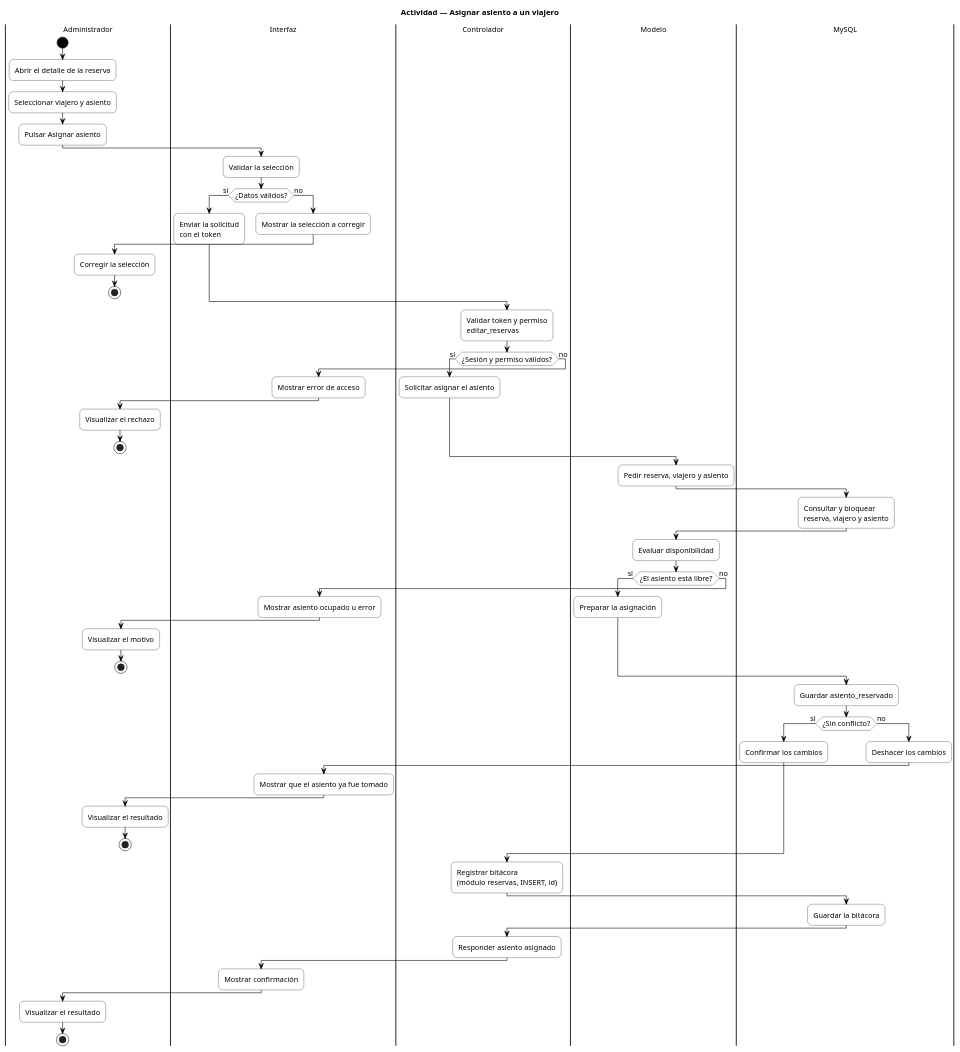
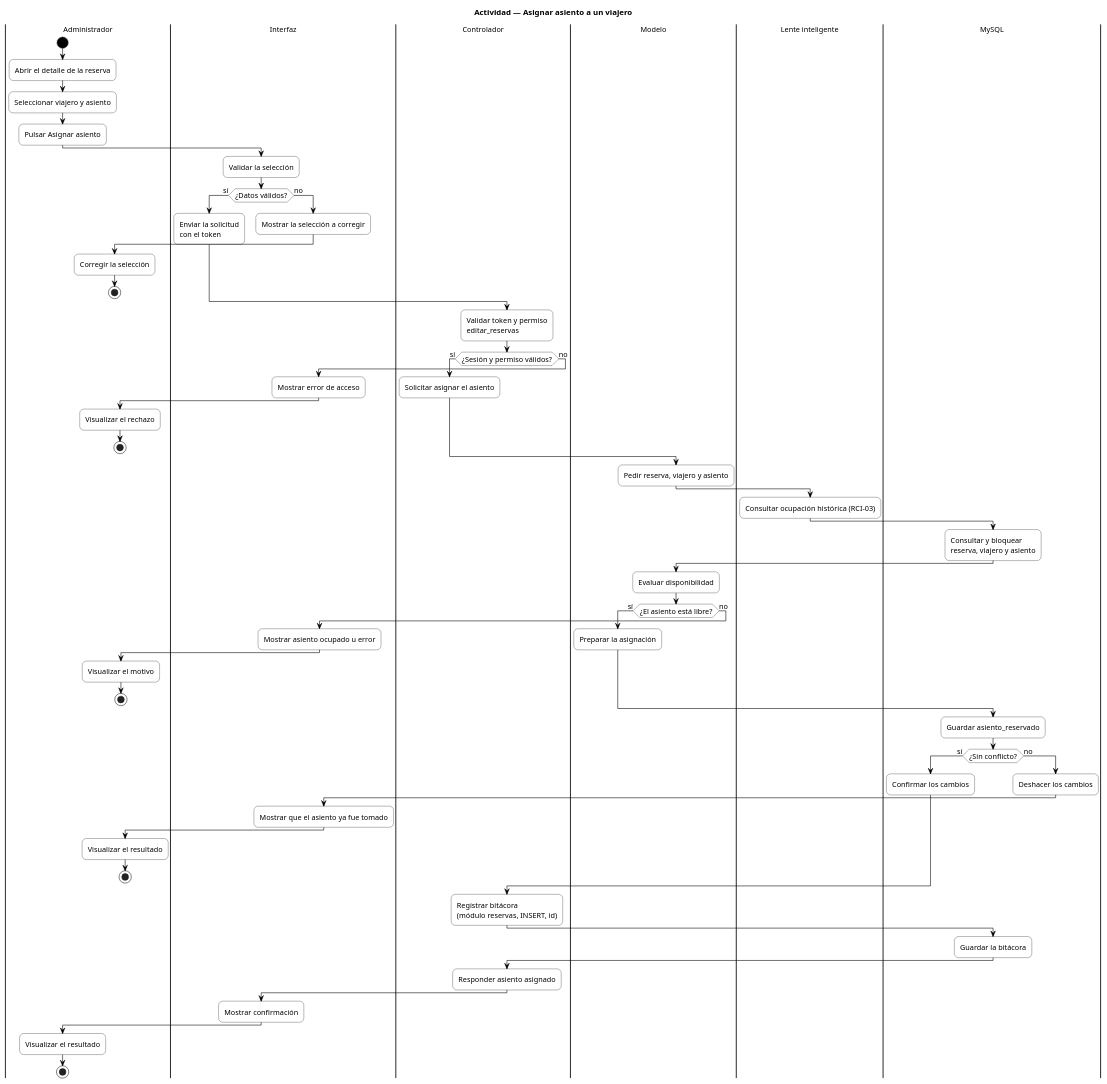
The diagram in docs/ENTREGA_DOCUMENTAL/diagramas/puml/carriles/RESERVA_ASIENTO.puml (gioser1107/SIGEL), drawn with PlantUML before and after one commit. The commit also changed 209 other files, not shown here.

```diff
--- a/docs/ENTREGA_DOCUMENTAL/diagramas/puml/carriles/RESERVA_ASIENTO.puml
+++ b/docs/ENTREGA_DOCUMENTAL/diagramas/puml/carriles/RESERVA_ASIENTO.puml
@@ -1,101 +1,104 @@
 @startuml
 title Actividad — Asignar asiento a un viajero
 
 skinparam backgroundColor #FFFFFF
 skinparam shadowing false
 skinparam defaultFontName Helvetica
 skinparam defaultFontSize 13
 skinparam roundcorner 15
 skinparam activity {
   BackgroundColor white
   BorderColor black
   DiamondBackgroundColor white
   DiamondBorderColor black
   StartColor black
   EndColor black
   ArrowColor black
   FontColor black
 }
 skinparam partition {
   BorderColor black
   FontColor black
   BackgroundColor white
   FontStyle bold
 }
 
 |Administrador|
 start
 :Abrir el detalle de la reserva;
 :Seleccionar viajero y asiento;
 :Pulsar Asignar asiento;
 
 |Interfaz|
 :Validar la selección;
 if (¿Datos válidos?) then (sí)
   :Enviar la solicitud\ncon el token;
 else (no)
   :Mostrar la selección a corregir;
   |Administrador|
   :Corregir la selección;
   stop
 endif
 
 |Controlador|
 :Validar token y permiso\neditar_reservas;
 if (¿Sesión y permiso válidos?) then (sí)
   :Solicitar asignar el asiento;
 else (no)
   |Interfaz|
   :Mostrar error de acceso;
   |Administrador|
   :Visualizar el rechazo;
   stop
 endif
 
 |Modelo|
 :Pedir reserva, viajero y asiento;
 
+|Lente inteligente|
+:Consultar ocupación histórica (RCI-03);
+
 |MySQL|
 :Consultar y bloquear\nreserva, viajero y asiento;
 
 |Modelo|
 :Evaluar disponibilidad;
 if (¿El asiento está libre?) then (sí)
   :Preparar la asignación;
 else (no)
   |Interfaz|
   :Mostrar asiento ocupado u error;
   |Administrador|
   :Visualizar el motivo;
   stop
 endif
 
 |MySQL|
 :Guardar asiento_reservado;
 if (¿Sin conflicto?) then (sí)
   :Confirmar los cambios;
 else (no)
   :Deshacer los cambios;
   |Interfaz|
   :Mostrar que el asiento ya fue tomado;
   |Administrador|
   :Visualizar el resultado;
   stop
 endif
 
 |Controlador|
 :Registrar bitácora\n(módulo reservas, INSERT, id);
 
 |MySQL|
 :Guardar la bitácora;
 
 |Controlador|
 :Responder asiento asignado;
 
 |Interfaz|
 :Mostrar confirmación;
 
 |Administrador|
 :Visualizar el resultado;
 stop
 @enduml
```
